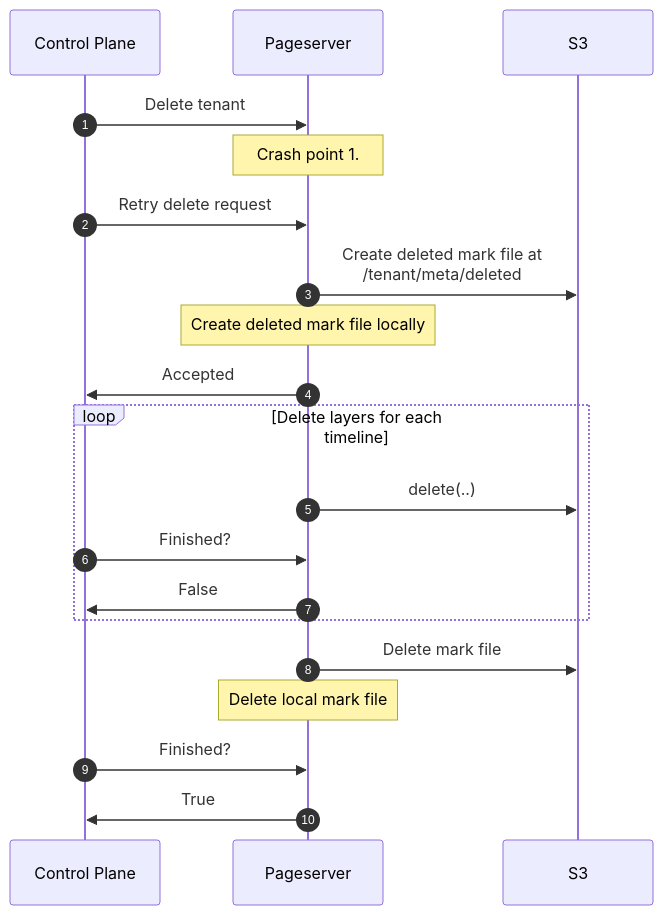
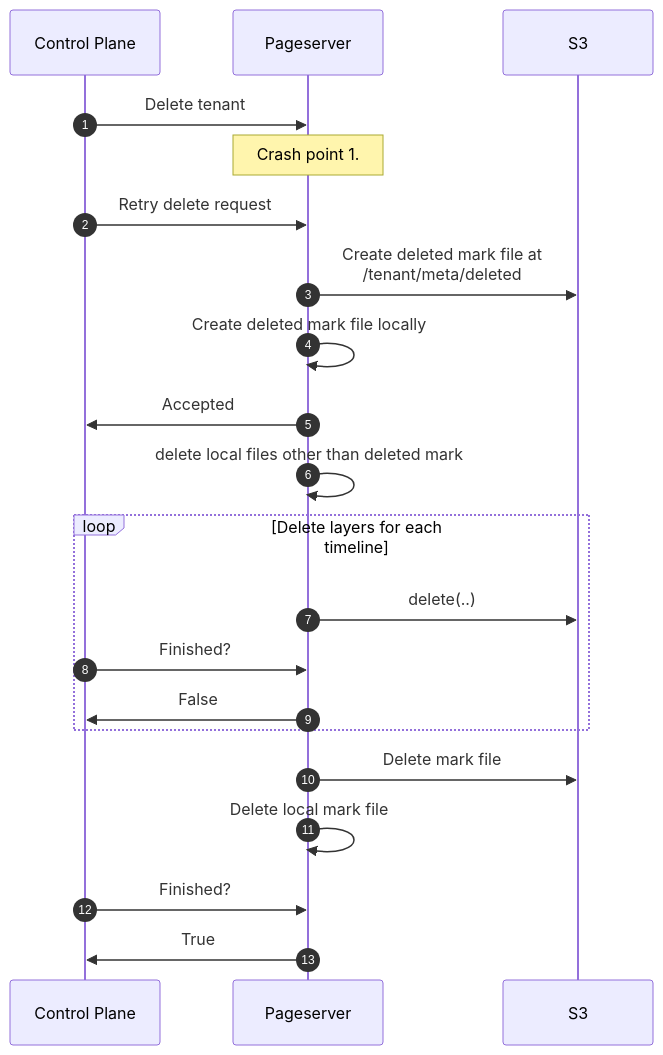
The second of 4 diagrams in docs/rfcs/022-pageserver-delete-from-s3.md (neondatabase/neon), drawn with Mermaid before and after one commit. The commit also changed other lines of this file, not shown here.

````diff
--- a/docs/rfcs/022-pageserver-delete-from-s3.md
+++ b/docs/rfcs/022-pageserver-delete-from-s3.md
@@ -86,26 +88,29 @@
 ```mermaid
 sequenceDiagram
     autonumber
     participant CP as Control Plane
     participant PS as Pageserver
     participant S3
 
     CP->>PS: Delete tenant
     note over PS: Crash point 1.
     CP->>PS: Retry delete request
 
     PS->>S3: Create deleted mark file at <br> /tenant/meta/deleted
-    note over PS: Create deleted mark file locally
+    PS->>PS: Create deleted mark file locally
 
     PS->>CP: Accepted
+
+    PS->>PS: delete local files other than deleted mark
+
     loop Delete layers for each timeline
         PS->>S3: delete(..)
         CP->>PS: Finished?
         PS->>CP: False
     end
     PS->>S3: Delete mark file
-    note over PS: Delete local mark file
+    PS->>PS: Delete local mark file
 
     CP->>PS: Finished?
     PS->>CP: True
 ```
````
